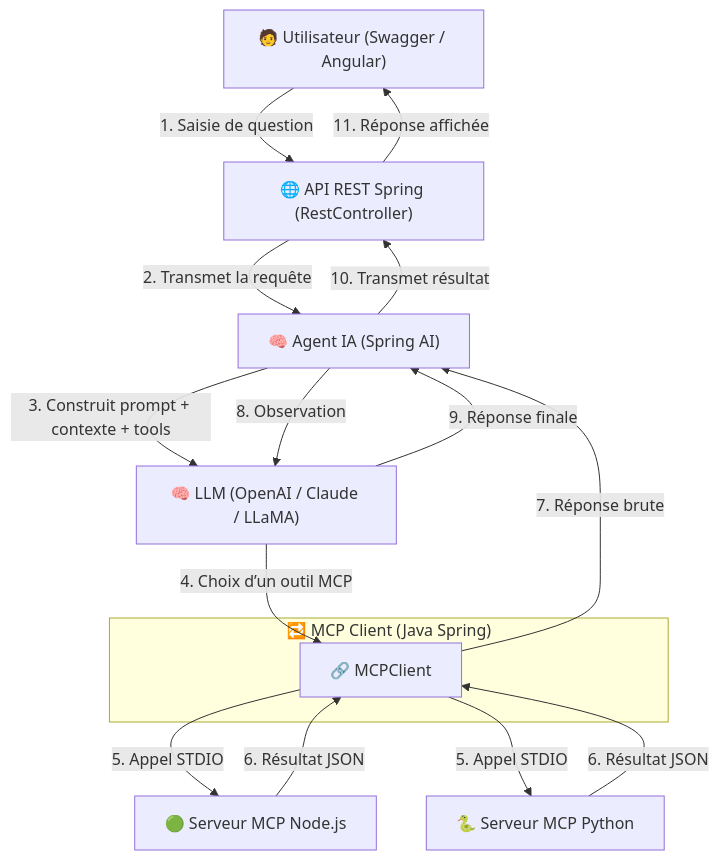
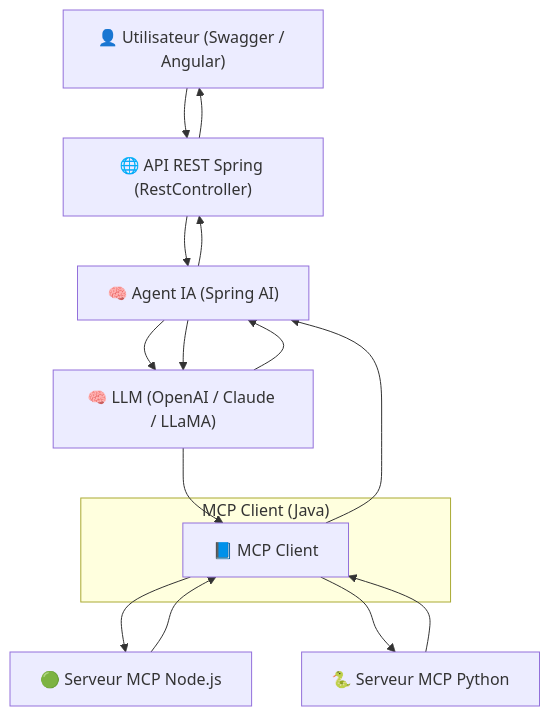
Before and after one commit to AI-trainings/mcp-agentic-ai: the second of 2 diagrams in README.md, drawn with Mermaid.

````diff
--- a/README.md
+++ b/README.md
@@ -85,23 +85,22 @@
 ```mermaid
 flowchart TD
-    A["🧑 Utilisateur (Swagger / Angular)"] -->|1. Saisie de question| B["🌐 API REST Spring (RestController)"]
-    B -->|2. Transmet la requête| C["🧠 Agent IA (Spring AI)"]
-    C -->|3. Construit prompt + contexte + tools| D["🧠 LLM (OpenAI / Claude / LLaMA)"]
+    A["👤 Utilisateur (Swagger / Angular)"] --> B["🌐 API REST Spring (RestController)"]
+    B --> C["🧠 Agent IA (Spring AI)"]
+    C --> D["🧠 LLM (OpenAI / Claude / LLaMA)"]
 
-    subgraph "🔁 MCP Client (Java Spring)"
-        E["🔗 MCPClient"]
+    subgraph "MCP Client (Java)"
+        E["📘 MCP Client"]
     end
 
-    D -->|4. Choix d’un outil MCP| E
-    E -->|5. Appel STDIO| F1["🟢 Serveur MCP Node.js"]
-    E -->|5. Appel STDIO| F2["🐍 Serveur MCP Python"]
+    D --> E
+    E --> F1["🟢 Serveur MCP Node.js"]
+    E --> F2["🐍 Serveur MCP Python"]
 
-    F1 -->|6. Résultat JSON| E
-    F2 -->|6. Résultat JSON| E
-
-    E -->|7. Réponse brute| C
-    C -->|8. Observation| D
-    D -->|9. Réponse finale| C
-    C -->|10. Transmet résultat| B
-    B -->|11. Réponse affichée| A
+    F1 --> E
+    F2 --> E
+    E --> C
+    C --> D
+    D --> C
+    C --> B
+    B --> A
 ```
````
